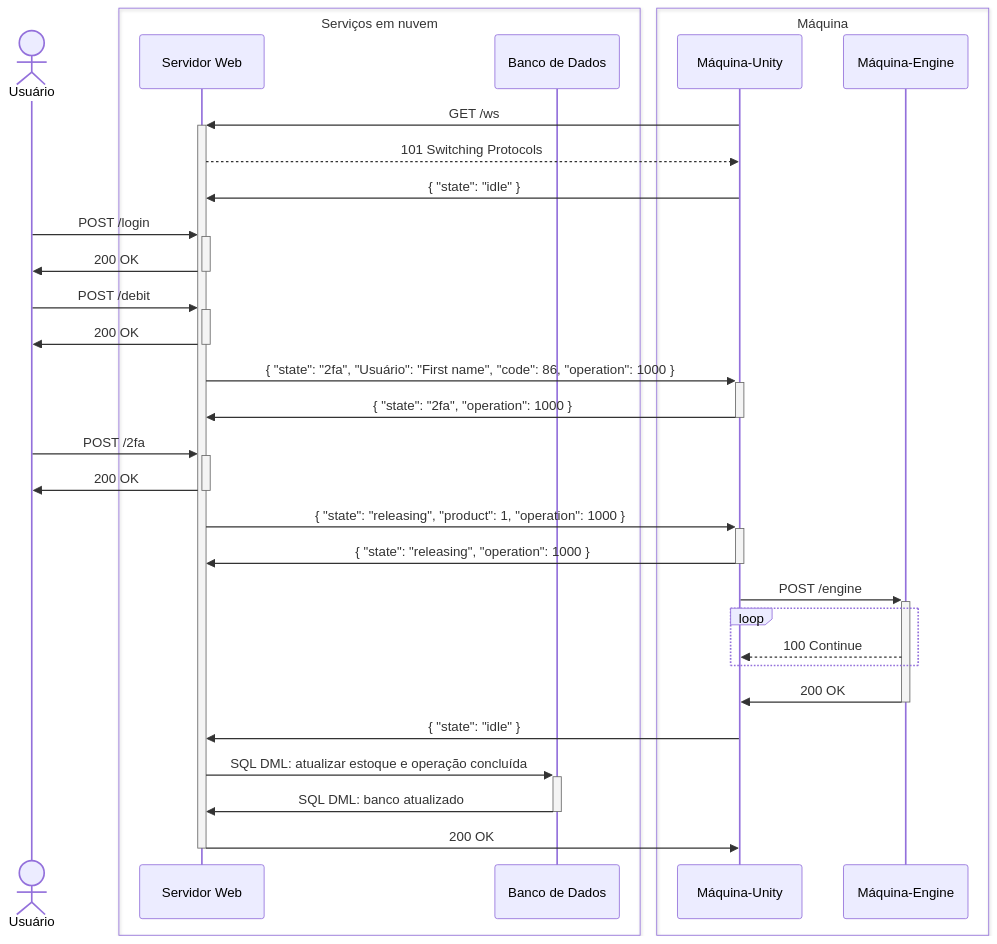
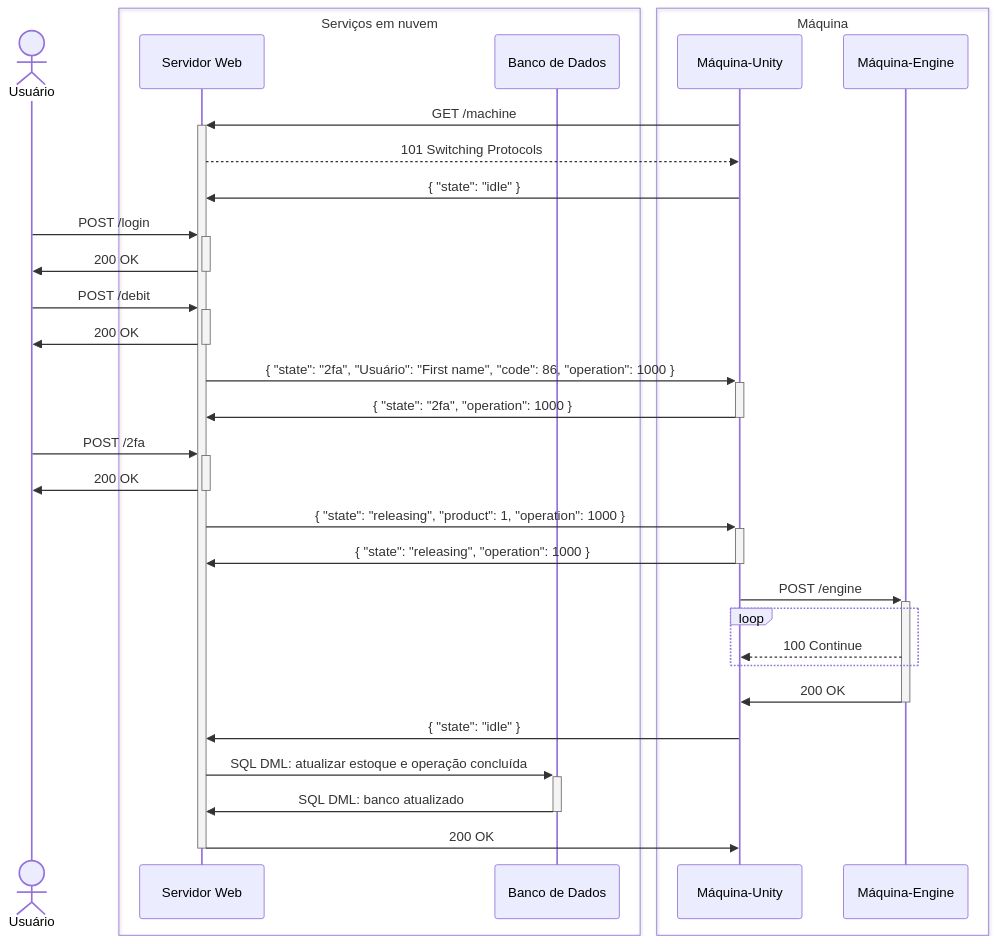
The eighth of 8 diagrams in v2/README.md (feira-de-jogos/feira-de-jogos), drawn with Mermaid before and after one commit.

Commit message:
Corrigir endpoint /machine

````diff
--- a/v2/README.md
+++ b/v2/README.md
@@ -214,44 +214,44 @@
 ```mermaid
 sequenceDiagram
   actor Usuário
   box Serviços em nuvem
     participant Servidor Web
     participant Banco de Dados
   end
   box Máquina
     participant Máquina-Unity
     participant Máquina-Engine
   end
 
-  Máquina-Unity ->>+ Servidor Web: GET /ws
+  Máquina-Unity ->>+ Servidor Web: GET /machine
   Servidor Web -->> Máquina-Unity: 101 Switching Protocols
   Máquina-Unity ->> Servidor Web: { "state": "idle" }
 
   Usuário ->>+ Servidor Web: POST /login
   Servidor Web ->>- Usuário: 200 OK
   
   Usuário ->>+ Servidor Web: POST /debit
   Servidor Web ->>- Usuário: 200 OK
 
   Servidor Web  ->>+ Máquina-Unity: { "state": "2fa", "Usuário": "First name", "code": 86, "operation": 1000 }
   Máquina-Unity ->>- Servidor Web: { "state": "2fa", "operation": 1000 }
 
   Usuário ->>+ Servidor Web: POST /2fa
   Servidor Web ->>- Usuário: 200 OK
 
   Servidor Web ->>+ Máquina-Unity : { "state": "releasing", "product": 1, "operation": 1000 }
   Máquina-Unity ->>- Servidor Web: { "state": "releasing", "operation": 1000 }
 
   Máquina-Unity ->>+ Máquina-Engine: POST /engine
   loop
     Máquina-Engine -->> Máquina-Unity: 100 Continue
   end
   Máquina-Engine ->>- Máquina-Unity: 200 OK
 
   Máquina-Unity ->> Servidor Web: { "state": "idle" }
 
   Servidor Web ->>+ Banco de Dados: SQL DML: atualizar estoque e operação concluída
   Banco de Dados ->>- Servidor Web: SQL DML: banco atualizado
 
   Servidor Web ->>- Máquina-Unity: 200 OK
 ```
````
